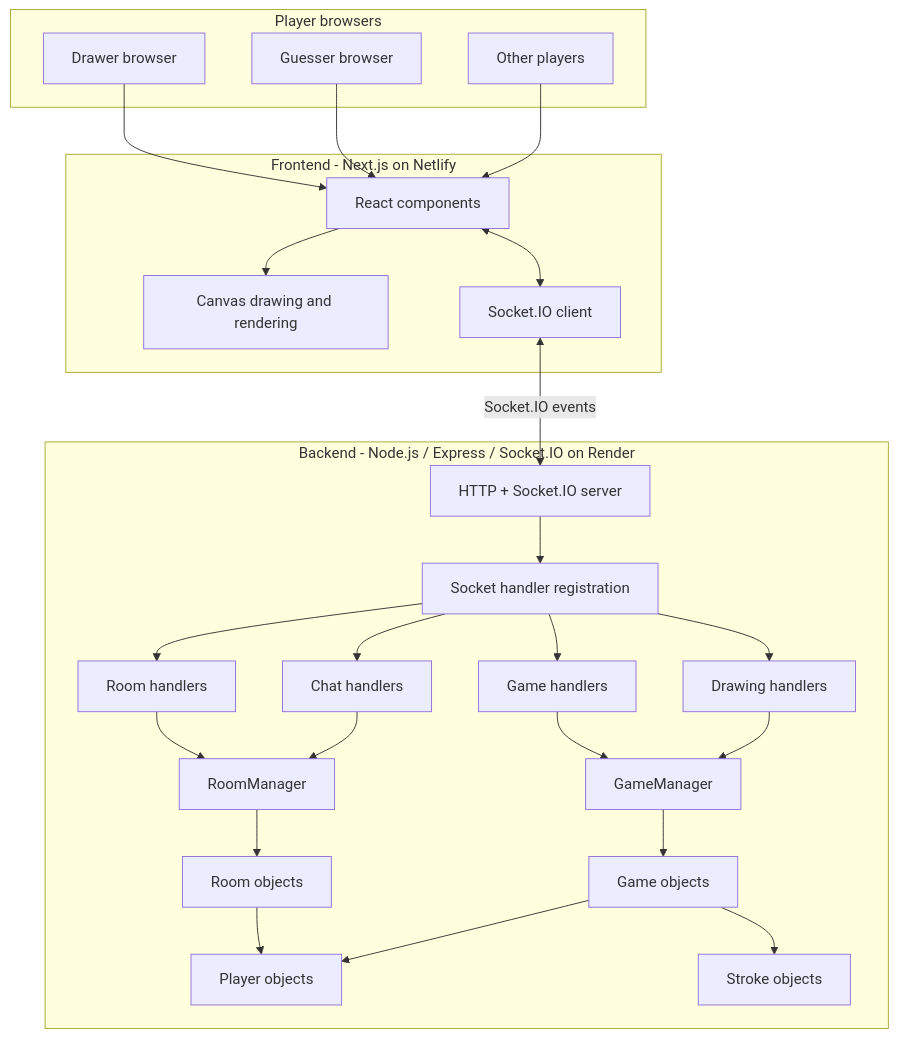
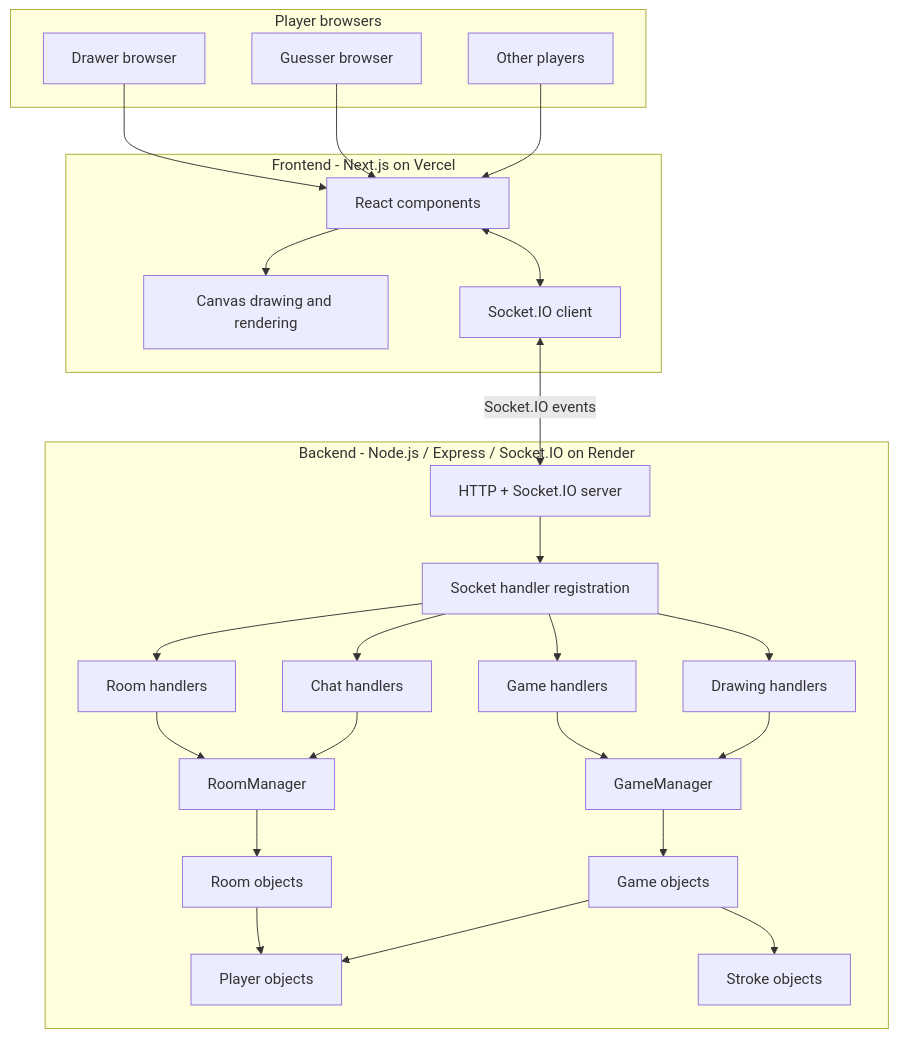
The first of 12 diagrams in README.md (SYEDFURQAANMOAZZAM/GuessMaster), drawn with Mermaid before and after one commit. The commit also changed other lines of this file and 1 other file, not shown here.

````diff
--- a/README.md
+++ b/README.md
@@ -32,50 +32,50 @@
 ```mermaid
 flowchart TB
     subgraph Browsers["Player browsers"]
         A["Drawer browser"]
         B["Guesser browser"]
         C["Other players"]
     end
 
-    subgraph Frontend["Frontend - Next.js on Netlify"]
+    subgraph Frontend["Frontend - Next.js on Vercel"]
         UI["React components"]
         CANVAS["Canvas drawing and rendering"]
         CLIENT["Socket.IO client"]
     end
 
     subgraph Backend["Backend - Node.js / Express / Socket.IO on Render"]
         SERVER["HTTP + Socket.IO server"]
         REG["Socket handler registration"]
         RH["Room handlers"]
         GH["Game handlers"]
         DH["Drawing handlers"]
         CH["Chat handlers"]
         RM["RoomManager"]
         GM["GameManager"]
         ROOM["Room objects"]
         GAME["Game objects"]
         PLAYER["Player objects"]
         STROKE["Stroke objects"]
     end
 
     A --> UI
     B --> UI
     C --> UI
     UI --> CANVAS
     UI <--> CLIENT
     CLIENT <-->|Socket.IO events| SERVER
     SERVER --> REG
     REG --> RH
     REG --> GH
     REG --> DH
     REG --> CH
     RH --> RM
     GH --> GM
     DH --> GM
     CH --> RM
     RM --> ROOM
     GM --> GAME
     ROOM --> PLAYER
     GAME --> PLAYER
     GAME --> STROKE
 ```
````
